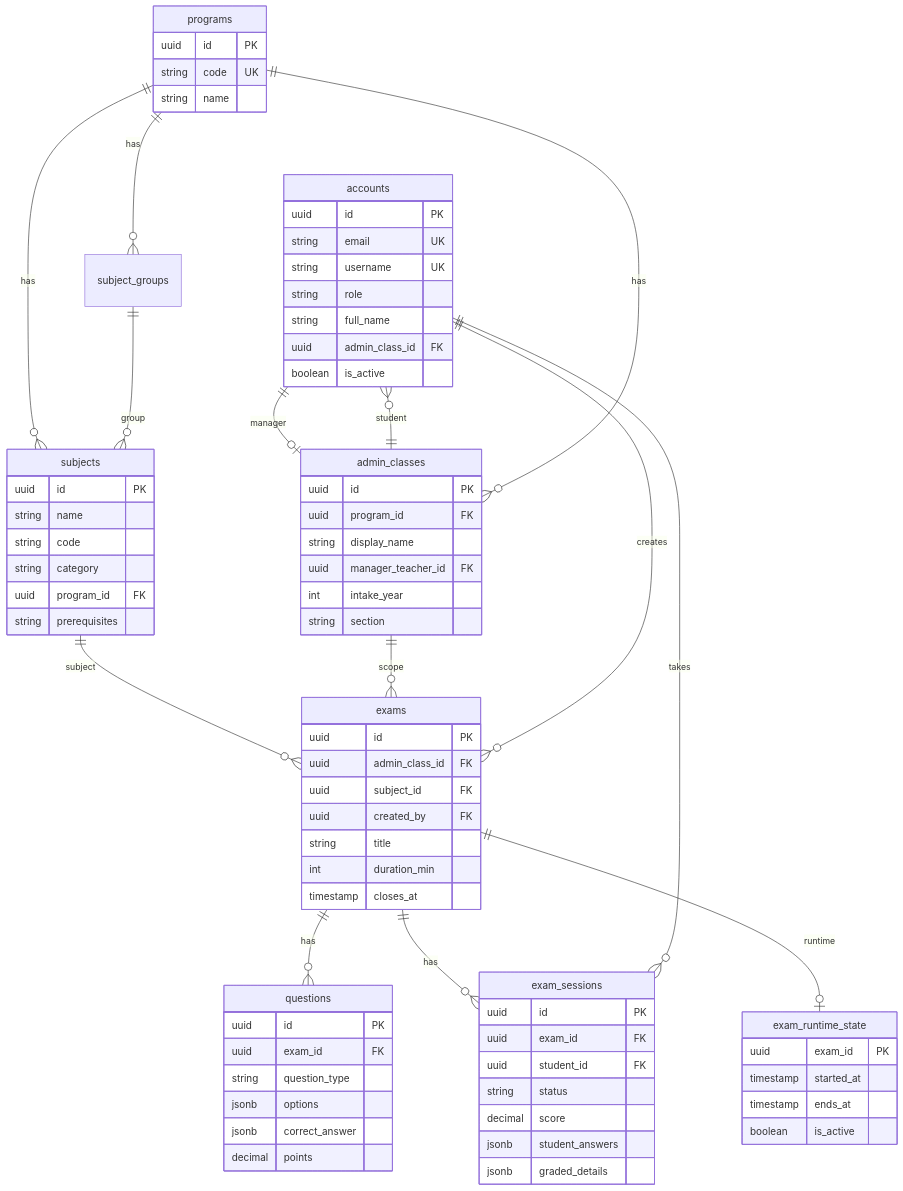
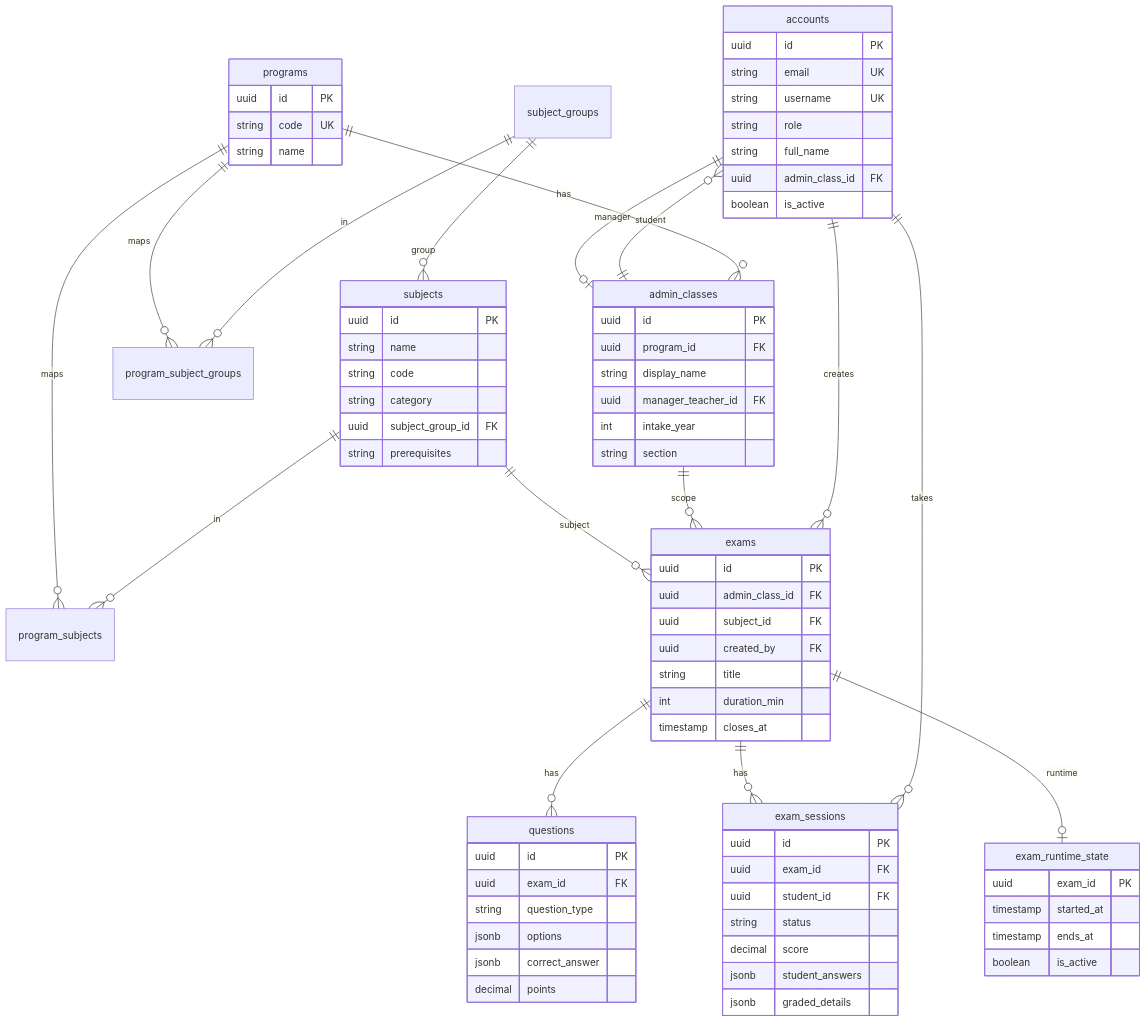
Before and after one commit to NhongPlus/GraduationProject: the first of 9 diagrams in docs/SO_DO_ER_MERMAID.md, drawn with Mermaid. The commit also changed other lines of this file and 4 other files, not shown here.

First line of the commit message:
Remove legacy assignments and grades schema artifacts.

```diff
--- a/docs/SO_DO_ER_MERMAID.md
+++ b/docs/SO_DO_ER_MERMAID.md
@@ -51,9 +51,11 @@
   accounts ||--o| admin_classes : manager
   accounts }o--|| admin_classes : student
   programs ||--o{ admin_classes : has
-  programs ||--o{ subject_groups : has
-  programs ||--o{ subjects : has
+  programs ||--o{ program_subject_groups : maps
+  programs ||--o{ program_subjects : maps
   subject_groups ||--o{ subjects : group
+  subject_groups ||--o{ program_subject_groups : in
+  subjects ||--o{ program_subjects : in
   subjects ||--o{ exams : subject
   admin_classes ||--o{ exams : scope
   accounts ||--o{ exams : creates
@@ -92,7 +94,7 @@
     string name
     string code
     string category
-    uuid program_id FK
+    uuid subject_group_id FK
     string prerequisites
   }
 
```
